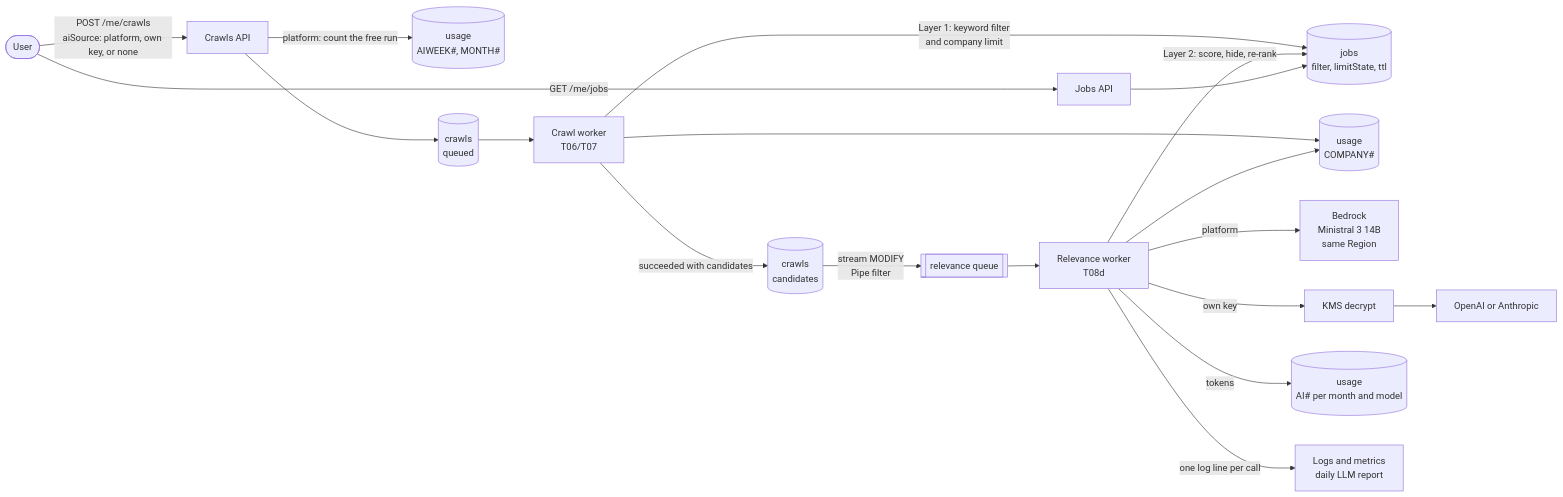
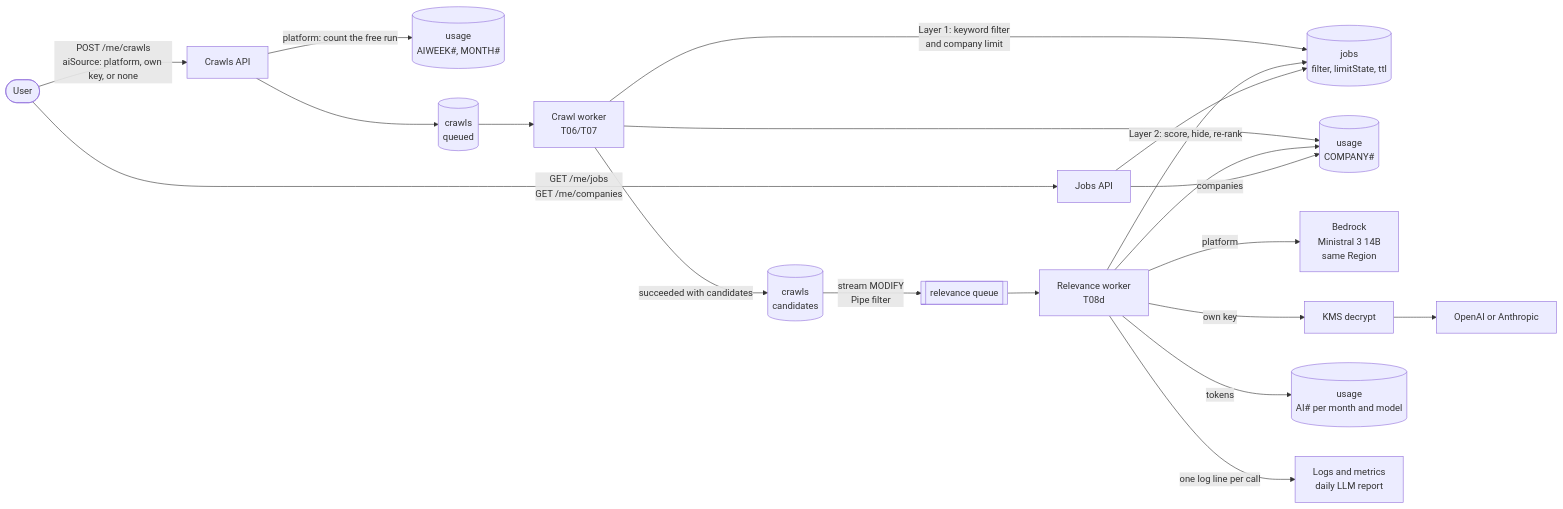
One commit to jobdeputy/jobdeputy changed the first of 4 diagrams in docs/flows/relevance.md. Above: the diagram before and after it, drawn with Mermaid. The commit also changed other lines of this file and 19 other files, not shown here.

First line of the commit message:
Apply flow M1, PR A: GET /me/companies, 3 jobs per company (#49) (#56)

````diff
--- a/docs/flows/relevance.md
+++ b/docs/flows/relevance.md
@@ -23,19 +23,20 @@
 ```mermaid
 flowchart LR
   U([User]) -->|POST /me/crawls<br/>aiSource: platform, own key, or none| API[Crawls API]
   API -->|platform: count the free run| USG[(usage<br/>AIWEEK#, MONTH#)]
   API --> CR[(crawls<br/>queued)]
   CR --> CW[Crawl worker<br/>T06/T07]
   CW -->|Layer 1: keyword filter<br/>and company limit| J[(jobs<br/>filter, limitState, ttl)]
   CW --> CO[(usage<br/>COMPANY#)]
   CW -->|succeeded with candidates| CR2[(crawls<br/>candidates)]
   CR2 -->|stream MODIFY<br/>Pipe filter| RQ[[relevance queue]]
   RQ --> RW[Relevance worker<br/>T08d]
   RW -->|platform| BR[Bedrock<br/>Ministral 3 14B<br/>same Region]
   RW -->|own key| KMS[KMS decrypt] --> PR[OpenAI or Anthropic]
   RW -->|Layer 2: score, hide, re-rank| J
   RW --> CO
   RW -->|tokens| AI[(usage<br/>AI# per month and model)]
   RW -->|one log line per call| LOG[Logs and metrics<br/>daily LLM report]
-  U -->|GET /me/jobs| JAPI[Jobs API] --> J
+  U -->|GET /me/jobs<br/>GET /me/companies| JAPI[Jobs API] --> J
+  JAPI -->|companies| CO
 ```
````
